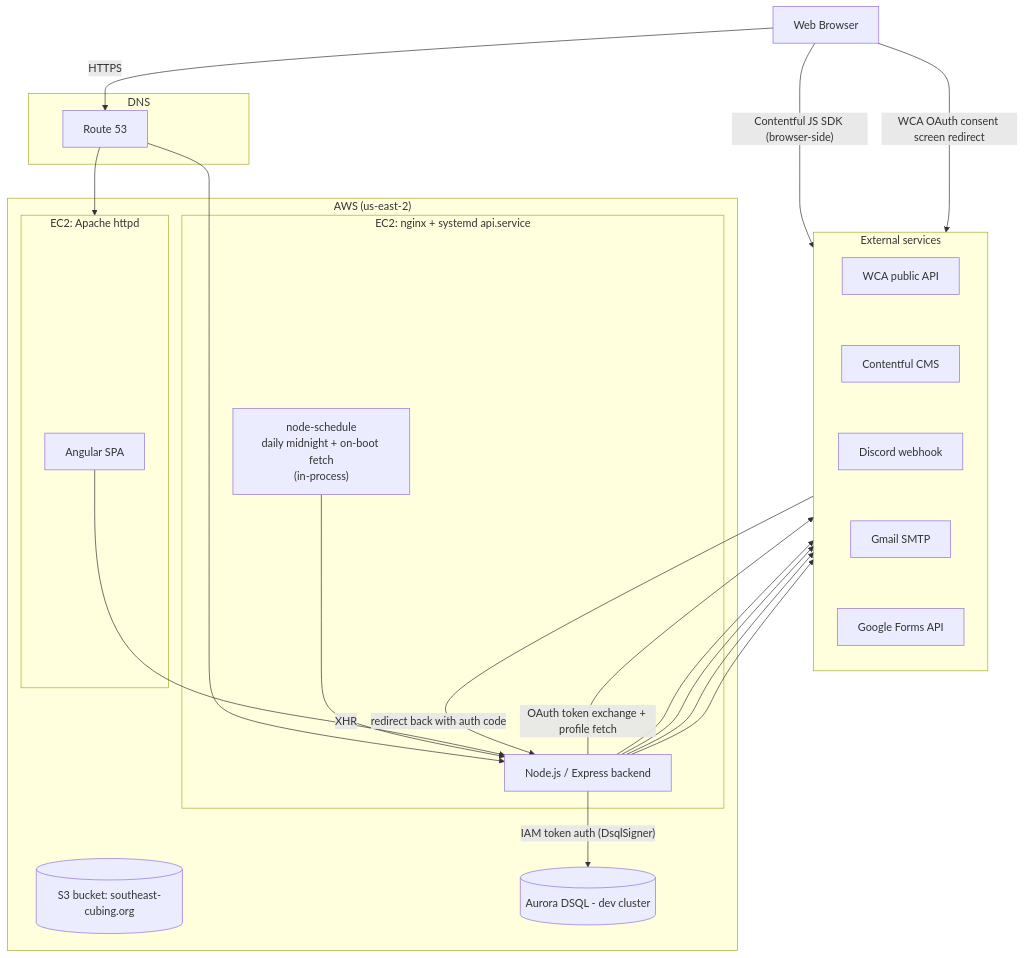
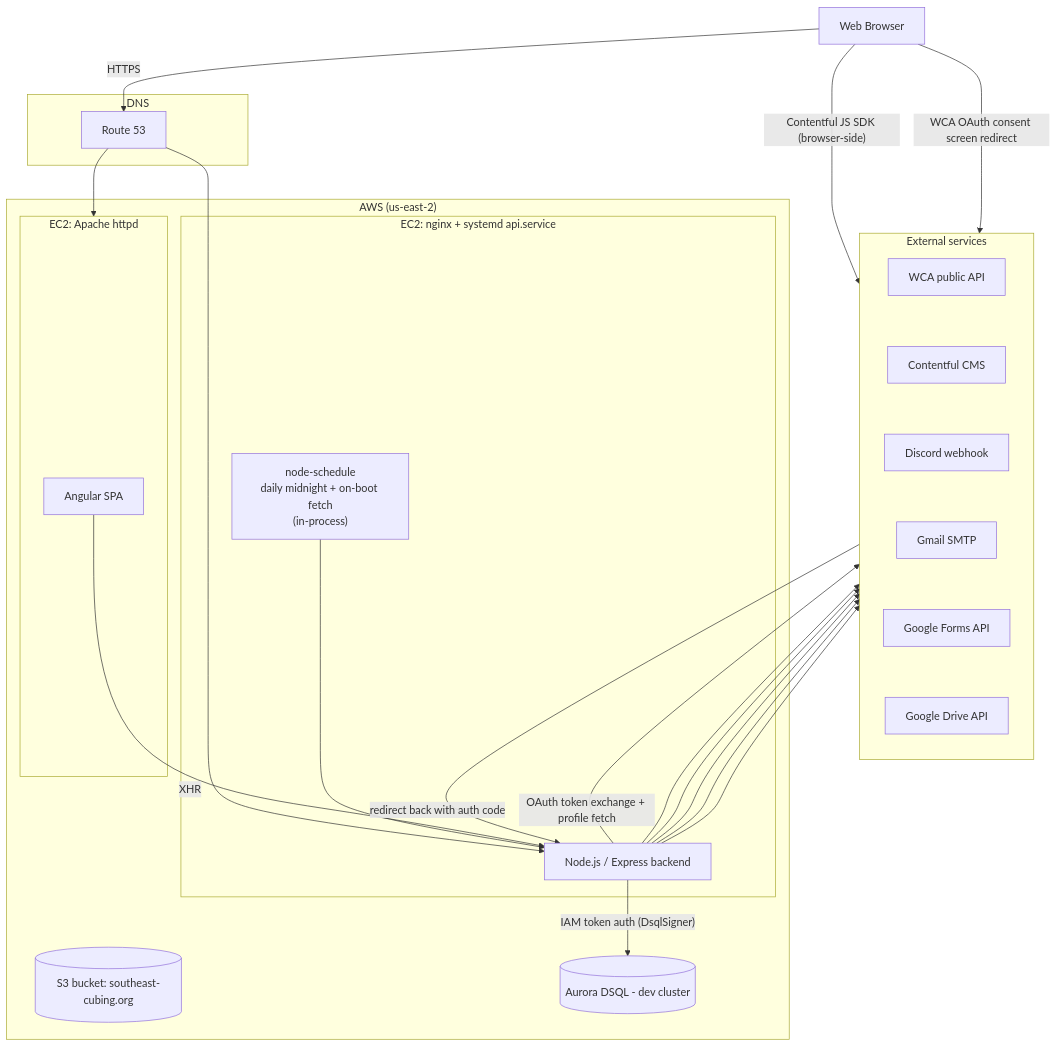
One commit to Jambrose777/SoutheastCubing.org changed the diagram in ARCHITECTURE.md. Above: the diagram before and after it, drawn with Mermaid. The commit also changed other lines of this file and 1 other file, not shown here.

Commit message:
updated readme and architecture for google drive changes

````diff
--- a/ARCHITECTURE.md
+++ b/ARCHITECTURE.md
@@ -12,45 +12,47 @@
 ```mermaid
 flowchart TB
     Browser["Web Browser"]
 
     subgraph DNS["DNS"]
         R53["Route 53"]
     end
 
     subgraph AWS["AWS (us-east-2)"]
         subgraph FEHost["EC2: Apache httpd"]
             FE["Angular SPA"]
         end
         subgraph BEHost["EC2: nginx + systemd api.service"]
             BE["Node.js / Express backend"]
             Cron["node-schedule\ndaily midnight + on-boot fetch\n(in-process)"]
         end
         S3[("S3 bucket: southeast-cubing.org")]
         DSQL[("Aurora DSQL - dev cluster")]
     end
 
     subgraph External["External services"]
         direction TB
         WCA["WCA public API"]
         Contentful["Contentful CMS"]
         Discord["Discord webhook"]
         Gmail["Gmail SMTP"]
         GForms["Google Forms API"]
-        WCA ~~~ Contentful ~~~ Discord ~~~ Gmail ~~~ GForms
+        GDrive["Google Drive API"]
+        WCA ~~~ Contentful ~~~ Discord ~~~ Gmail ~~~ GForms ~~~ GDrive
     end
 
     Browser -->|HTTPS| R53
     R53 --> FEHost
     R53 --> BE
     Cron --> BE
     FE -->|"XHR"| BE
     Browser -->|"Contentful JS SDK (browser-side)"| Contentful
     Browser -->|"WCA OAuth consent screen redirect"| WCA
     WCA -->|"redirect back with auth code"| BE
     BE -->|"IAM token auth (DsqlSigner)"| DSQL
     BE -->|"OAuth token exchange + profile fetch"| WCA
     BE --> Contentful
     BE --> Discord
     BE --> Gmail
     BE --> GForms
+    BE --> GDrive
 ```
````
